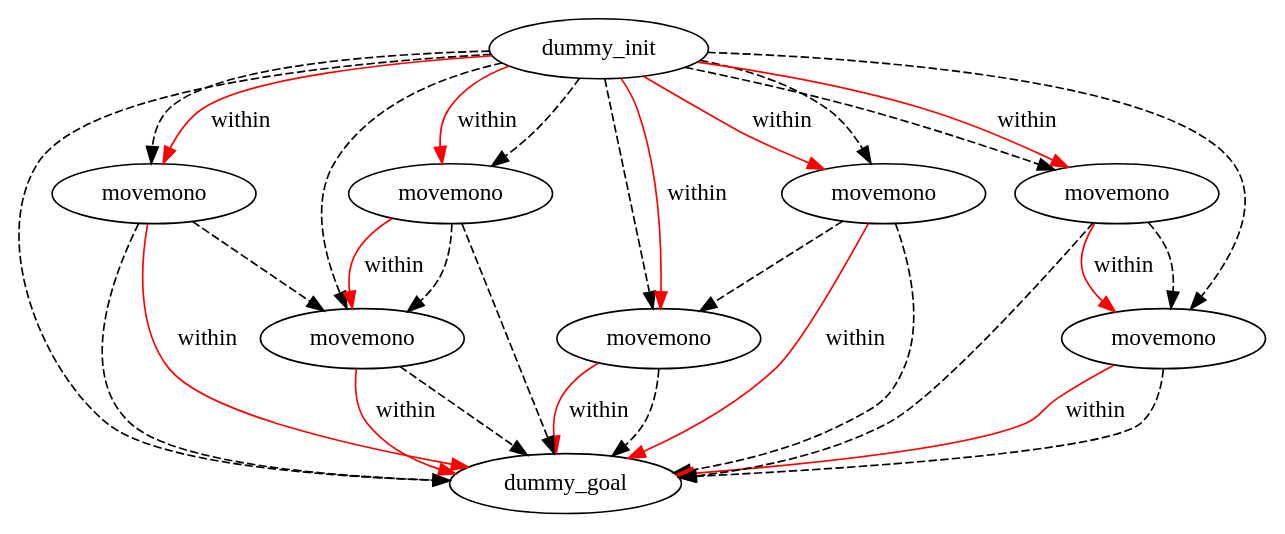
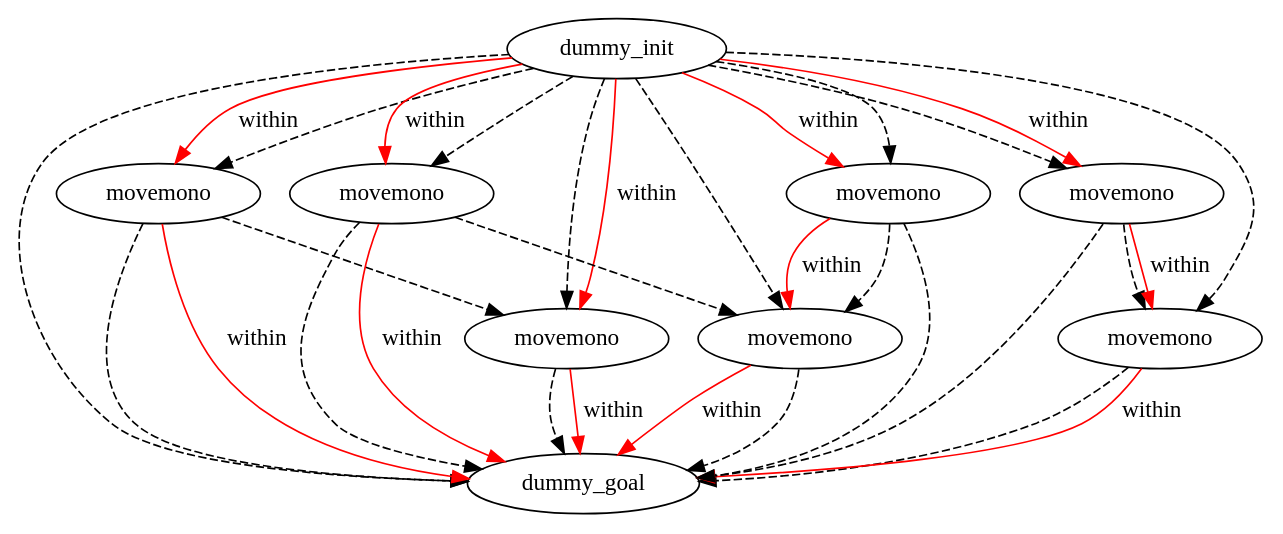
One commit to PetervDooren/PyDPOCL changed the diagram in plans/manipulation-domain/test_48_problem-plan_0.dot. Above: the diagram before and after it, drawn with Graphviz. The commit also changed 590 other files, not shown here.

```diff
--- a/plans/manipulation-domain/test_48_problem-plan_0.dot
+++ b/plans/manipulation-domain/test_48_problem-plan_0.dot
@@ -1,42 +1,42 @@
 digraph {
-	"d5205bea-7f5e-86ee-c350-65359aaffa70" [label=dummy_init]
-	"26ccb2e7-797d-3e55-45e0-0104ab2336fd" [label=dummy_goal]
-	"f1248364-ef80-3c47-d19e-80a54f7cdde9" [label=movemono]
-	"72503b0f-364f-2995-9698-ff0514523465" [label=movemono]
-	"40a3bd80-00ff-e894-a226-2e37e8854934" [label=movemono]
-	"10846404-63ea-e724-eec5-d07699d657ab" [label=movemono]
-	"bd484900-a85f-8c1c-dc17-3194202ce507" [label=movemono]
-	"00061bf4-ea8d-d895-6741-3f99982b555f" [label=movemono]
-	"a13320e9-5de1-a084-a29d-40fc57e0f61e" [label=movemono]
-	"10846404-63ea-e724-eec5-d07699d657ab" -> "40a3bd80-00ff-e894-a226-2e37e8854934" [color=black style=dashed]
-	"00061bf4-ea8d-d895-6741-3f99982b555f" -> "26ccb2e7-797d-3e55-45e0-0104ab2336fd" [color=black style=dashed]
-	"d5205bea-7f5e-86ee-c350-65359aaffa70" -> "72503b0f-364f-2995-9698-ff0514523465" [color=black style=dashed]
-	"bd484900-a85f-8c1c-dc17-3194202ce507" -> "26ccb2e7-797d-3e55-45e0-0104ab2336fd" [color=black style=dashed]
-	"d5205bea-7f5e-86ee-c350-65359aaffa70" -> "26ccb2e7-797d-3e55-45e0-0104ab2336fd" [color=black style=dashed]
-	"72503b0f-364f-2995-9698-ff0514523465" -> "26ccb2e7-797d-3e55-45e0-0104ab2336fd" [color=black style=dashed]
-	"00061bf4-ea8d-d895-6741-3f99982b555f" -> "bd484900-a85f-8c1c-dc17-3194202ce507" [color=black style=dashed]
-	"d5205bea-7f5e-86ee-c350-65359aaffa70" -> "00061bf4-ea8d-d895-6741-3f99982b555f" [color=black style=dashed]
-	"a13320e9-5de1-a084-a29d-40fc57e0f61e" -> "f1248364-ef80-3c47-d19e-80a54f7cdde9" [color=black style=dashed]
-	"d5205bea-7f5e-86ee-c350-65359aaffa70" -> "bd484900-a85f-8c1c-dc17-3194202ce507" [color=black style=dashed]
-	"d5205bea-7f5e-86ee-c350-65359aaffa70" -> "f1248364-ef80-3c47-d19e-80a54f7cdde9" [color=black style=dashed]
-	"d5205bea-7f5e-86ee-c350-65359aaffa70" -> "40a3bd80-00ff-e894-a226-2e37e8854934" [color=black style=dashed]
-	"d5205bea-7f5e-86ee-c350-65359aaffa70" -> "a13320e9-5de1-a084-a29d-40fc57e0f61e" [color=black style=dashed]
-	"10846404-63ea-e724-eec5-d07699d657ab" -> "26ccb2e7-797d-3e55-45e0-0104ab2336fd" [color=black style=dashed]
-	"a13320e9-5de1-a084-a29d-40fc57e0f61e" -> "26ccb2e7-797d-3e55-45e0-0104ab2336fd" [color=black style=dashed]
-	"40a3bd80-00ff-e894-a226-2e37e8854934" -> "26ccb2e7-797d-3e55-45e0-0104ab2336fd" [color=black style=dashed]
-	"f1248364-ef80-3c47-d19e-80a54f7cdde9" -> "26ccb2e7-797d-3e55-45e0-0104ab2336fd" [color=black style=dashed]
-	"d5205bea-7f5e-86ee-c350-65359aaffa70" -> "10846404-63ea-e724-eec5-d07699d657ab" [color=black style=dashed]
-	"72503b0f-364f-2995-9698-ff0514523465" -> "f1248364-ef80-3c47-d19e-80a54f7cdde9" [color=black style=dashed]
-	"d5205bea-7f5e-86ee-c350-65359aaffa70" -> "a13320e9-5de1-a084-a29d-40fc57e0f61e" [label=within color=red]
-	"d5205bea-7f5e-86ee-c350-65359aaffa70" -> "40a3bd80-00ff-e894-a226-2e37e8854934" [label=within color=red]
-	"bd484900-a85f-8c1c-dc17-3194202ce507" -> "26ccb2e7-797d-3e55-45e0-0104ab2336fd" [label=within color=red]
-	"a13320e9-5de1-a084-a29d-40fc57e0f61e" -> "f1248364-ef80-3c47-d19e-80a54f7cdde9" [label=within color=red]
-	"10846404-63ea-e724-eec5-d07699d657ab" -> "26ccb2e7-797d-3e55-45e0-0104ab2336fd" [label=within color=red]
-	"d5205bea-7f5e-86ee-c350-65359aaffa70" -> "10846404-63ea-e724-eec5-d07699d657ab" [label=within color=red]
-	"72503b0f-364f-2995-9698-ff0514523465" -> "26ccb2e7-797d-3e55-45e0-0104ab2336fd" [label=within color=red]
-	"d5205bea-7f5e-86ee-c350-65359aaffa70" -> "00061bf4-ea8d-d895-6741-3f99982b555f" [label=within color=red]
-	"d5205bea-7f5e-86ee-c350-65359aaffa70" -> "72503b0f-364f-2995-9698-ff0514523465" [label=within color=red]
-	"00061bf4-ea8d-d895-6741-3f99982b555f" -> "bd484900-a85f-8c1c-dc17-3194202ce507" [label=within color=red]
-	"f1248364-ef80-3c47-d19e-80a54f7cdde9" -> "26ccb2e7-797d-3e55-45e0-0104ab2336fd" [label=within color=red]
-	"40a3bd80-00ff-e894-a226-2e37e8854934" -> "26ccb2e7-797d-3e55-45e0-0104ab2336fd" [label=within color=red]
+	"027c3026-4fe2-8a28-1a83-7a2ba22c468b" [label=dummy_init]
+	"ebefeeb8-5780-9964-fbb7-ce92f2e31228" [label=dummy_goal]
+	"64a8da03-0645-79c8-56c8-c80c22e11d85" [label=movemono]
+	"3b142b23-dfb9-f1db-d8d2-0bb001414ba4" [label=movemono]
+	"ac2e97b2-0c00-3f75-004f-1f843b2208ea" [label=movemono]
+	"626876b6-7b0e-a5cd-1f1e-d5a94994d0ad" [label=movemono]
+	"a8994d62-3a65-ceed-bbf2-bd4592521856" [label=movemono]
+	"6b213da9-d7bd-bc43-03a7-2479c92357a7" [label=movemono]
+	"9b1025a3-89f7-8cf7-c4a6-27f57cbef196" [label=movemono]
+	"027c3026-4fe2-8a28-1a83-7a2ba22c468b" -> "ebefeeb8-5780-9964-fbb7-ce92f2e31228" [color=black style=dashed]
+	"a8994d62-3a65-ceed-bbf2-bd4592521856" -> "626876b6-7b0e-a5cd-1f1e-d5a94994d0ad" [color=black style=dashed]
+	"64a8da03-0645-79c8-56c8-c80c22e11d85" -> "ac2e97b2-0c00-3f75-004f-1f843b2208ea" [color=black style=dashed]
+	"027c3026-4fe2-8a28-1a83-7a2ba22c468b" -> "3b142b23-dfb9-f1db-d8d2-0bb001414ba4" [color=black style=dashed]
+	"6b213da9-d7bd-bc43-03a7-2479c92357a7" -> "ebefeeb8-5780-9964-fbb7-ce92f2e31228" [color=black style=dashed]
+	"64a8da03-0645-79c8-56c8-c80c22e11d85" -> "ebefeeb8-5780-9964-fbb7-ce92f2e31228" [color=black style=dashed]
+	"a8994d62-3a65-ceed-bbf2-bd4592521856" -> "ebefeeb8-5780-9964-fbb7-ce92f2e31228" [color=black style=dashed]
+	"027c3026-4fe2-8a28-1a83-7a2ba22c468b" -> "626876b6-7b0e-a5cd-1f1e-d5a94994d0ad" [color=black style=dashed]
+	"9b1025a3-89f7-8cf7-c4a6-27f57cbef196" -> "ebefeeb8-5780-9964-fbb7-ce92f2e31228" [color=black style=dashed]
+	"027c3026-4fe2-8a28-1a83-7a2ba22c468b" -> "ac2e97b2-0c00-3f75-004f-1f843b2208ea" [color=black style=dashed]
+	"3b142b23-dfb9-f1db-d8d2-0bb001414ba4" -> "ebefeeb8-5780-9964-fbb7-ce92f2e31228" [color=black style=dashed]
+	"027c3026-4fe2-8a28-1a83-7a2ba22c468b" -> "6b213da9-d7bd-bc43-03a7-2479c92357a7" [color=black style=dashed]
+	"027c3026-4fe2-8a28-1a83-7a2ba22c468b" -> "64a8da03-0645-79c8-56c8-c80c22e11d85" [color=black style=dashed]
+	"626876b6-7b0e-a5cd-1f1e-d5a94994d0ad" -> "ebefeeb8-5780-9964-fbb7-ce92f2e31228" [color=black style=dashed]
+	"027c3026-4fe2-8a28-1a83-7a2ba22c468b" -> "a8994d62-3a65-ceed-bbf2-bd4592521856" [color=black style=dashed]
+	"9b1025a3-89f7-8cf7-c4a6-27f57cbef196" -> "6b213da9-d7bd-bc43-03a7-2479c92357a7" [color=black style=dashed]
+	"3b142b23-dfb9-f1db-d8d2-0bb001414ba4" -> "626876b6-7b0e-a5cd-1f1e-d5a94994d0ad" [color=black style=dashed]
+	"027c3026-4fe2-8a28-1a83-7a2ba22c468b" -> "9b1025a3-89f7-8cf7-c4a6-27f57cbef196" [color=black style=dashed]
+	"ac2e97b2-0c00-3f75-004f-1f843b2208ea" -> "ebefeeb8-5780-9964-fbb7-ce92f2e31228" [color=black style=dashed]
+	"626876b6-7b0e-a5cd-1f1e-d5a94994d0ad" -> "ebefeeb8-5780-9964-fbb7-ce92f2e31228" [label=within color=red]
+	"ac2e97b2-0c00-3f75-004f-1f843b2208ea" -> "ebefeeb8-5780-9964-fbb7-ce92f2e31228" [label=within color=red]
+	"64a8da03-0645-79c8-56c8-c80c22e11d85" -> "ebefeeb8-5780-9964-fbb7-ce92f2e31228" [label=within color=red]
+	"9b1025a3-89f7-8cf7-c4a6-27f57cbef196" -> "6b213da9-d7bd-bc43-03a7-2479c92357a7" [label=within color=red]
+	"027c3026-4fe2-8a28-1a83-7a2ba22c468b" -> "9b1025a3-89f7-8cf7-c4a6-27f57cbef196" [label=within color=red]
+	"a8994d62-3a65-ceed-bbf2-bd4592521856" -> "626876b6-7b0e-a5cd-1f1e-d5a94994d0ad" [label=within color=red]
+	"027c3026-4fe2-8a28-1a83-7a2ba22c468b" -> "ac2e97b2-0c00-3f75-004f-1f843b2208ea" [label=within color=red]
+	"027c3026-4fe2-8a28-1a83-7a2ba22c468b" -> "3b142b23-dfb9-f1db-d8d2-0bb001414ba4" [label=within color=red]
+	"027c3026-4fe2-8a28-1a83-7a2ba22c468b" -> "64a8da03-0645-79c8-56c8-c80c22e11d85" [label=within color=red]
+	"6b213da9-d7bd-bc43-03a7-2479c92357a7" -> "ebefeeb8-5780-9964-fbb7-ce92f2e31228" [label=within color=red]
+	"027c3026-4fe2-8a28-1a83-7a2ba22c468b" -> "a8994d62-3a65-ceed-bbf2-bd4592521856" [label=within color=red]
+	"3b142b23-dfb9-f1db-d8d2-0bb001414ba4" -> "ebefeeb8-5780-9964-fbb7-ce92f2e31228" [label=within color=red]
 }
```
